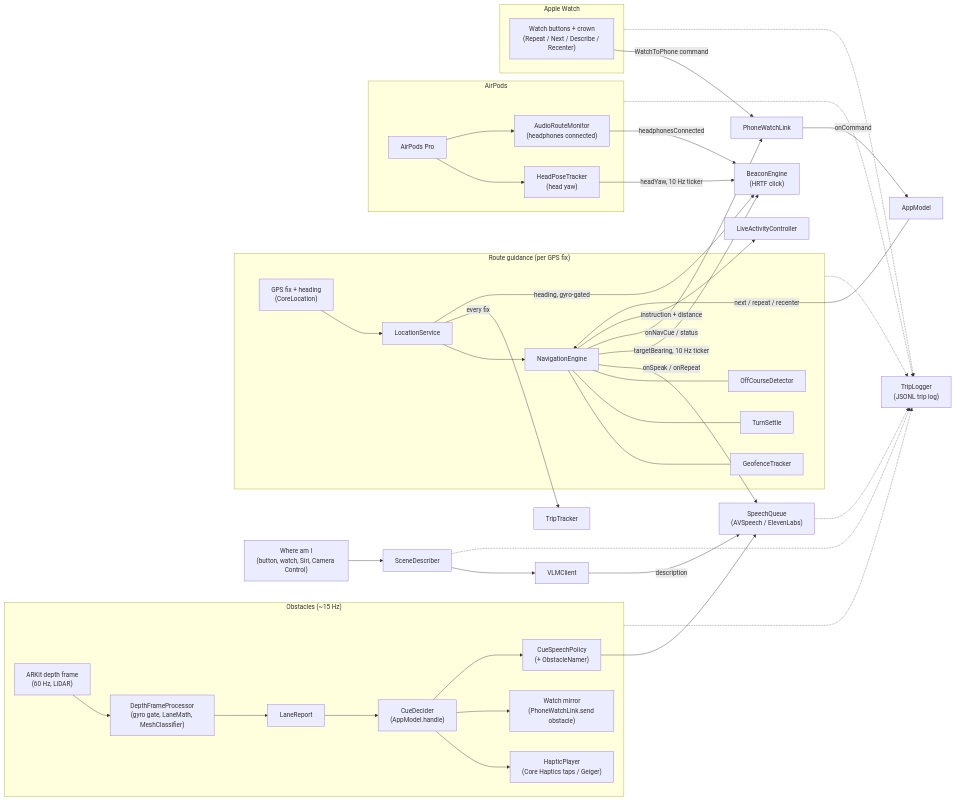
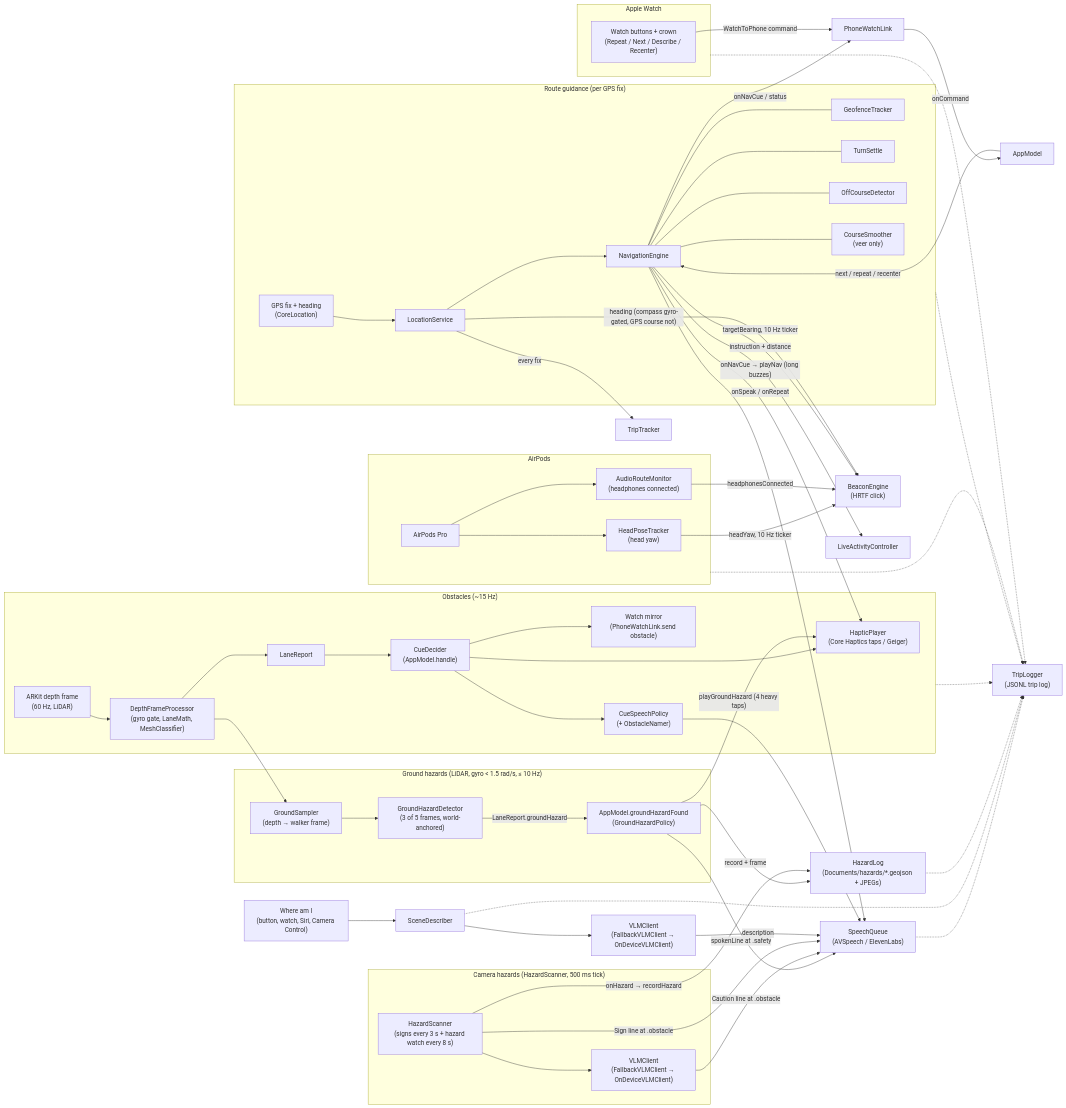
The diagram in docs/CODE_REFERENCE.md (aritroBh/OpenCane), drawn with Mermaid before and after one commit. The commit also changed other lines of this file and 106 other files, not shown here.

````diff
--- a/docs/CODE_REFERENCE.md
+++ b/docs/CODE_REFERENCE.md
@@ -42,12 +43,24 @@
     CD --> CSP["CueSpeechPolicy<br/>(+ ObstacleNamer)"]
   end
 
+  subgraph Ground["Ground hazards (LiDAR, gyro < 1.5 rad/s, ≤ 10 Hz)"]
+    GS["GroundSampler<br/>(depth → walker frame)"] --> GHD["GroundHazardDetector<br/>(3 of 5 frames, world-anchored)"]
+    GHD -->|LaneReport.groundHazard| GHF["AppModel.groundHazardFound<br/>(GroundHazardPolicy)"]
+  end
+  DFP --> GS
+
+  subgraph Camera["Camera hazards (HazardScanner, 500 ms tick)"]
+    HS["HazardScanner<br/>(signs every 3 s + hazard watch every 8 s)"]
+    HS --> VLMH["VLMClient<br/>(FallbackVLMClient → OnDeviceVLMClient)"]
+  end
+
   subgraph Nav["Route guidance (per GPS fix)"]
     GPS["GPS fix + heading<br/>(CoreLocation)"] --> LS["LocationService"]
     LS --> NE["NavigationEngine"]
     NE --- GT["GeofenceTracker"]
     NE --- TS["TurnSettle"]
     NE --- OCD["OffCourseDetector"]
+    NE --- CS["CourseSmoother<br/>(veer only)"]
   end
 
   subgraph Audio["AirPods"]
@@ -66,23 +79,32 @@
   TT["TripTracker"]
   AM["AppModel"]
   TL["TripLogger<br/>(JSONL trip log)"]
+  HL["HazardLog<br/>(Documents/hazards/*.geojson + JPEGs)"]
 
   CSP --> SQ
   NE -->|onSpeak / onRepeat| SQ
   NE -->|targetBearing, 10 Hz ticker| BE
   NE -->|onNavCue / status| PWL
+  NE -->|"onNavCue → playNav (long buzzes)"| HP
   NE -->|instruction + distance| LAC
   LS -->|every fix| TT
-  LS -->|heading, gyro-gated| BE
+  LS -->|"heading (compass gyro-gated, GPS course not)"| BE
   HPT -->|headYaw, 10 Hz ticker| BE
   ARM -->|headphonesConnected| BE
+
+  GHF -->|"playGroundHazard (4 heavy taps)"| HP
+  GHF -->|spokenLine at .safety| SQ
+  GHF -->|record + frame| HL
+  VLMH -->|Caution line at .obstacle| SQ
+  HS -->|Sign line at .obstacle| SQ
+  HS -->|"onHazard → recordHazard"| HL
 
   WB -->|WatchToPhone command| PWL
   PWL -->|onCommand| AM
   AM -->|next / repeat / recenter| NE
 
   WAI["Where am I<br/>(button, watch, Siri, Camera Control)"] --> SD["SceneDescriber"]
-  SD --> VLM["VLMClient"]
+  SD --> VLM["VLMClient<br/>(FallbackVLMClient → OnDeviceVLMClient)"]
   VLM -->|description| SQ
 
   Depth -.-> TL
@@ -91,4 +113,5 @@
   Watch -.-> TL
   SQ -.-> TL
   SD -.-> TL
+  HL -.-> TL
 ```
````
